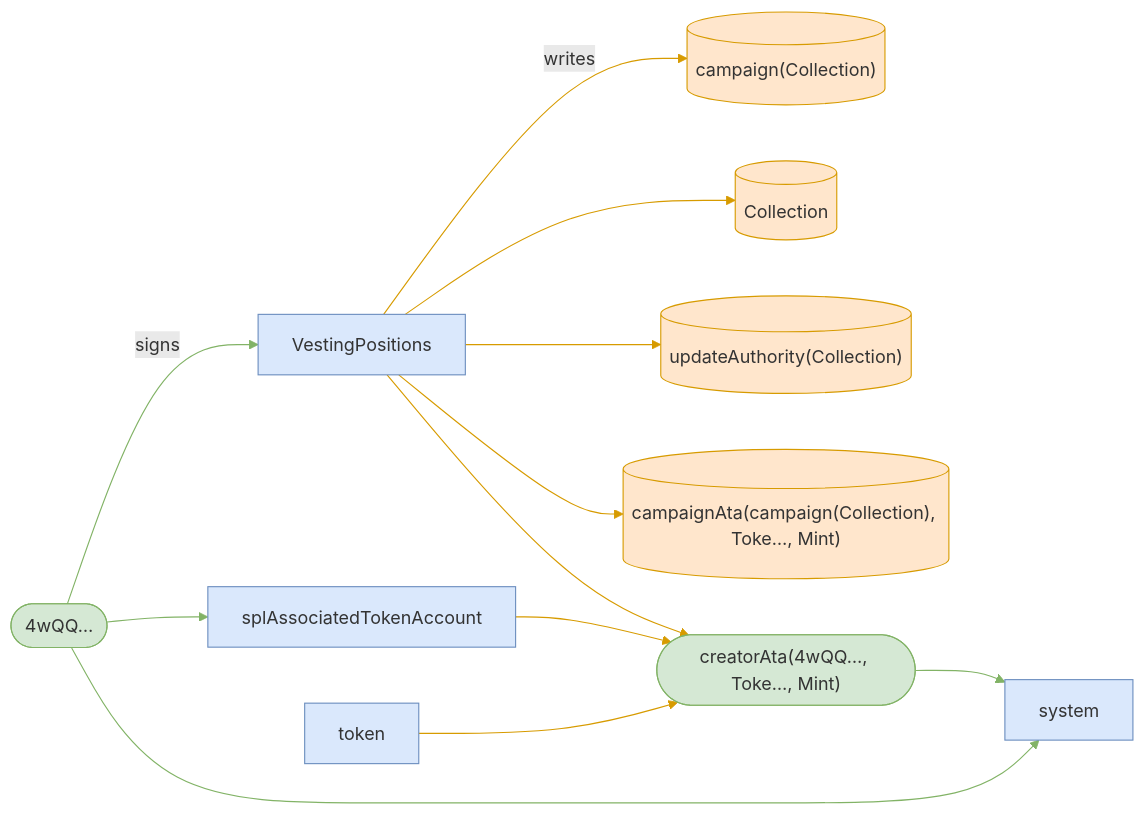
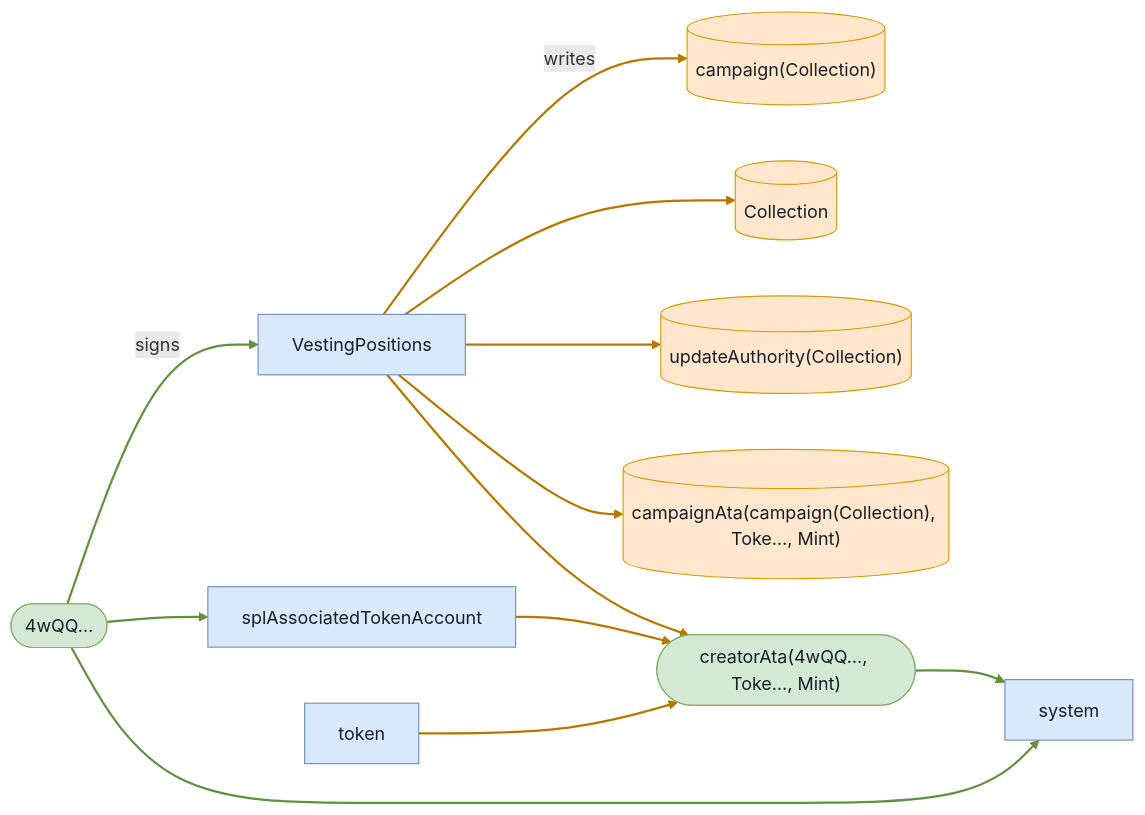
The fifth of 6 diagrams in babelfish-tests/test-report/cancel_campaign_requires_creator.md (cds-turbin3/vesting-position), drawn with Mermaid before and after one commit. The commit also changed other lines of this file and 106 other files, not shown here.

````diff
--- a/babelfish-tests/test-report/cancel_campaign_requires_creator.md
+++ b/babelfish-tests/test-report/cancel_campaign_requires_creator.md
@@ -240,29 +239,29 @@
 ```mermaid
 flowchart LR
     VestingPositions["VestingPositions"]:::program
     n4wQQ(["4wQQ…"]):::signer
     campaignCollection[("campaign(Collection)")]:::state
     Collection[("Collection")]:::state
     updateAuthorityCollection[("updateAuthority(Collection)")]:::state
     campaignAtacampaignCollectionTokeMint[("campaignAta(campaign(Collection), Toke…, Mint)")]:::state
     creatorAta4wQQTokeMint(["creatorAta(4wQQ…, Toke…, Mint)"]):::signer
     splAssociatedTokenAccount["splAssociatedTokenAccount"]:::program
     token["token"]:::program
     system["system"]:::program
     n4wQQ -->|signs| VestingPositions
     VestingPositions -->|writes| campaignCollection
     VestingPositions --> Collection
     VestingPositions --> updateAuthorityCollection
     VestingPositions --> campaignAtacampaignCollectionTokeMint
     VestingPositions --> creatorAta4wQQTokeMint
     n4wQQ --> splAssociatedTokenAccount
     splAssociatedTokenAccount --> creatorAta4wQQTokeMint
     n4wQQ --> system
     creatorAta4wQQTokeMint --> system
     token --> creatorAta4wQQTokeMint
-    classDef program fill:#dae8fc,stroke:#6c8ebf;
-    classDef signer fill:#d5e8d4,stroke:#82b366;
-    classDef state fill:#ffe6cc,stroke:#d79b00;
-    linkStyle 0,6,8,9 stroke:#82b366
-    linkStyle 1,2,3,4,5,7,10 stroke:#d79b00
+    classDef program fill:#dae8fc,stroke:#6c8ebf,color:#17202a;
+    classDef signer fill:#d5e8d4,stroke:#82b366,color:#17202a;
+    classDef state fill:#ffe6cc,stroke:#d79b00,color:#17202a;
+    linkStyle 0,6,8,9 stroke:#5f913f,stroke-width:2px
+    linkStyle 1,2,3,4,5,7,10 stroke:#b87800,stroke-width:2px
 ```
````
